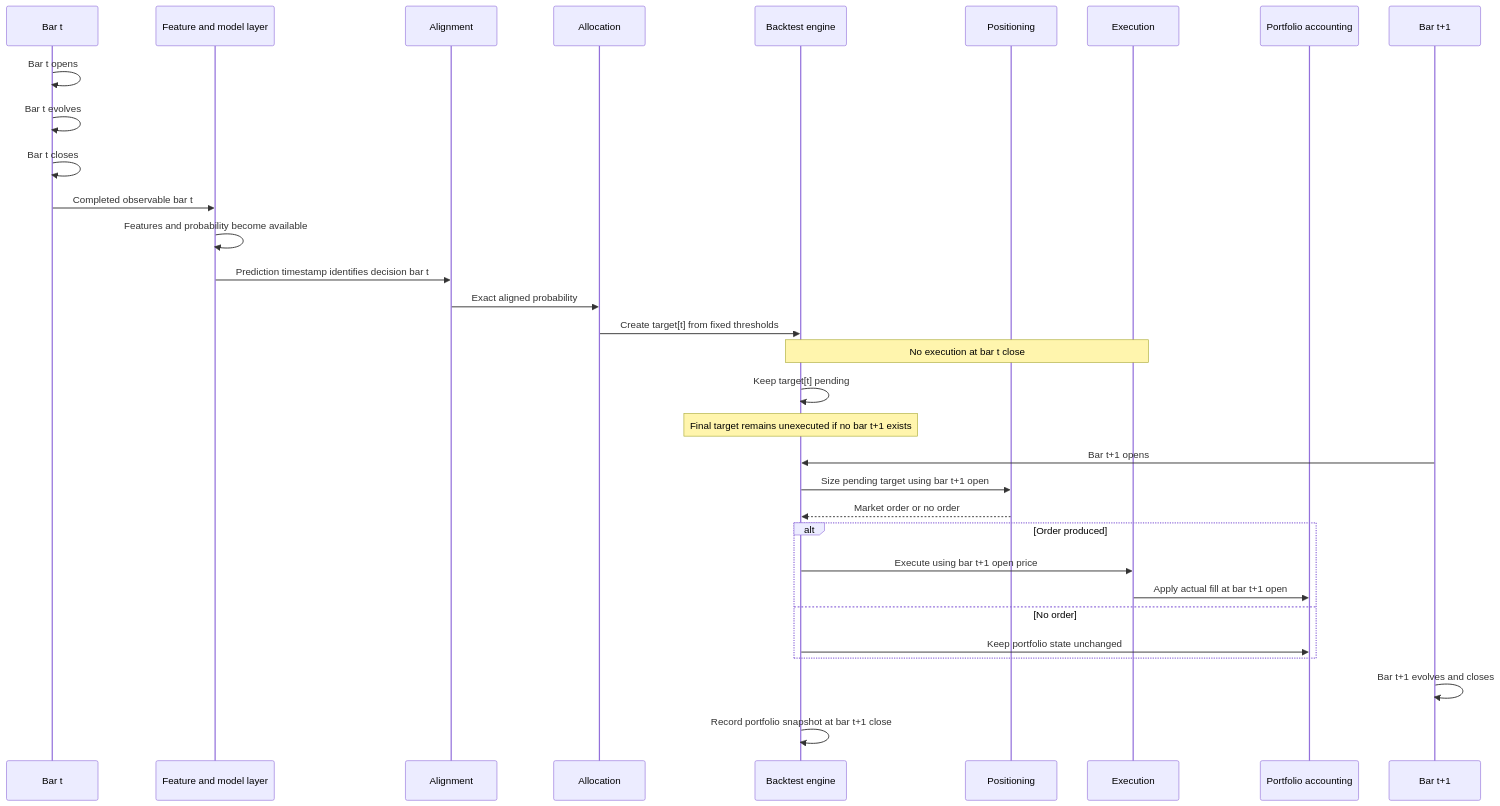
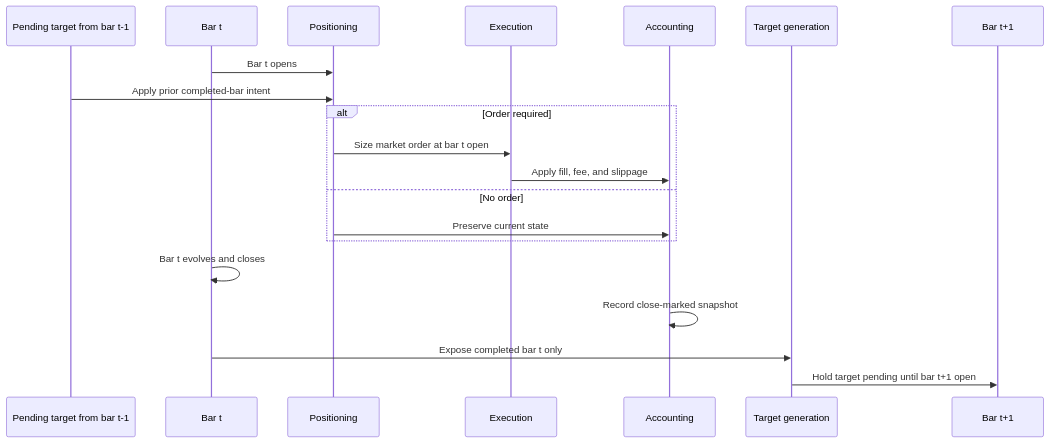
One commit to yen9221/execution-aware-backtest changed the diagram in README.md. Above: the diagram before and after it, drawn with Mermaid. The commit also changed other lines of this file and 1 other file, not shown here.

Commit message:
docs: finalize project portfolio presentation

````diff
--- a/README.md
+++ b/README.md
@@ -88,35 +37,23 @@
 ```mermaid
 sequenceDiagram
-    participant Bt as Bar t
-    participant Research as Feature and model layer
-    participant Align as Alignment
-    participant Allocate as Allocation
-    participant Engine as Backtest engine
+    participant Previous as Pending target from bar t-1
+    participant Bar as Bar t
     participant Position as Positioning
     participant Execute as Execution
-    participant Account as Portfolio accounting
-    participant Bt1 as Bar t+1
+    participant Account as Accounting
+    participant Decision as Target generation
+    participant Next as Bar t+1
 
-    Bt->>Bt: Bar t opens
-    Bt->>Bt: Bar t evolves
-    Bt->>Bt: Bar t closes
-    Bt->>Research: Completed observable bar t
-    Research->>Research: Features and probability become available
-    Research->>Align: Prediction timestamp identifies decision bar t
-    Align->>Allocate: Exact aligned probability
-    Allocate->>Engine: Create target[t] from fixed thresholds
-    Note over Engine,Execute: No execution at bar t close
-    Engine->>Engine: Keep target[t] pending
-    Note over Engine: Final target remains unexecuted if no bar t+1 exists
-    Bt1->>Engine: Bar t+1 opens
-    Engine->>Position: Size pending target using bar t+1 open
-    Position-->>Engine: Market order or no order
-    alt Order produced
-        Engine->>Execute: Execute using bar t+1 open price
-        Execute->>Account: Apply actual fill at bar t+1 open
+    Bar->>Position: Bar t opens
+    Previous->>Position: Apply prior completed-bar intent
+    alt Order required
+        Position->>Execute: Size market order at bar t open
+        Execute->>Account: Apply fill, fee, and slippage
     else No order
-        Engine->>Account: Keep portfolio state unchanged
+        Position->>Account: Preserve current state
     end
-    Bt1->>Bt1: Bar t+1 evolves and closes
-    Engine->>Engine: Record portfolio snapshot at bar t+1 close
+    Bar->>Bar: Bar t evolves and closes
+    Account->>Account: Record close-marked snapshot
+    Bar->>Decision: Expose completed bar t only
+    Decision->>Next: Hold target pending until bar t+1 open
 ```
````
